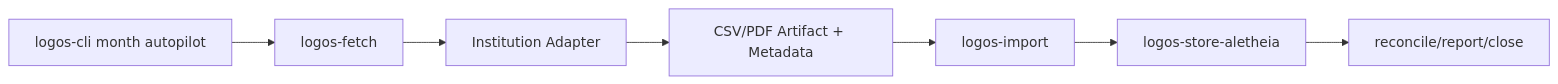
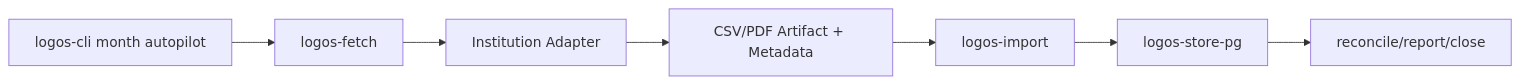
Before and after one commit to madmax983/logos: the diagram in docs/adr/0003-headless-statement-fetch-and-autopilot-integration.md, drawn with Mermaid. The commit also changed 49 other files, not shown here.

````diff
--- a/docs/adr/0003-headless-statement-fetch-and-autopilot-integration.md
+++ b/docs/adr/0003-headless-statement-fetch-and-autopilot-integration.md
@@ -20,9 +20,9 @@
 ```mermaid
 flowchart LR
     CLI[logos-cli month autopilot] --> FETCH[logos-fetch]
     FETCH --> ADAPTER[Institution Adapter]
     ADAPTER --> ARTIFACT[CSV/PDF Artifact + Metadata]
     ARTIFACT --> IMPORT[logos-import]
-    IMPORT --> STORE[logos-store-aletheia]
+    IMPORT --> STORE[logos-store-pg]
     STORE --> REPORT[reconcile/report/close]
 ```
````
